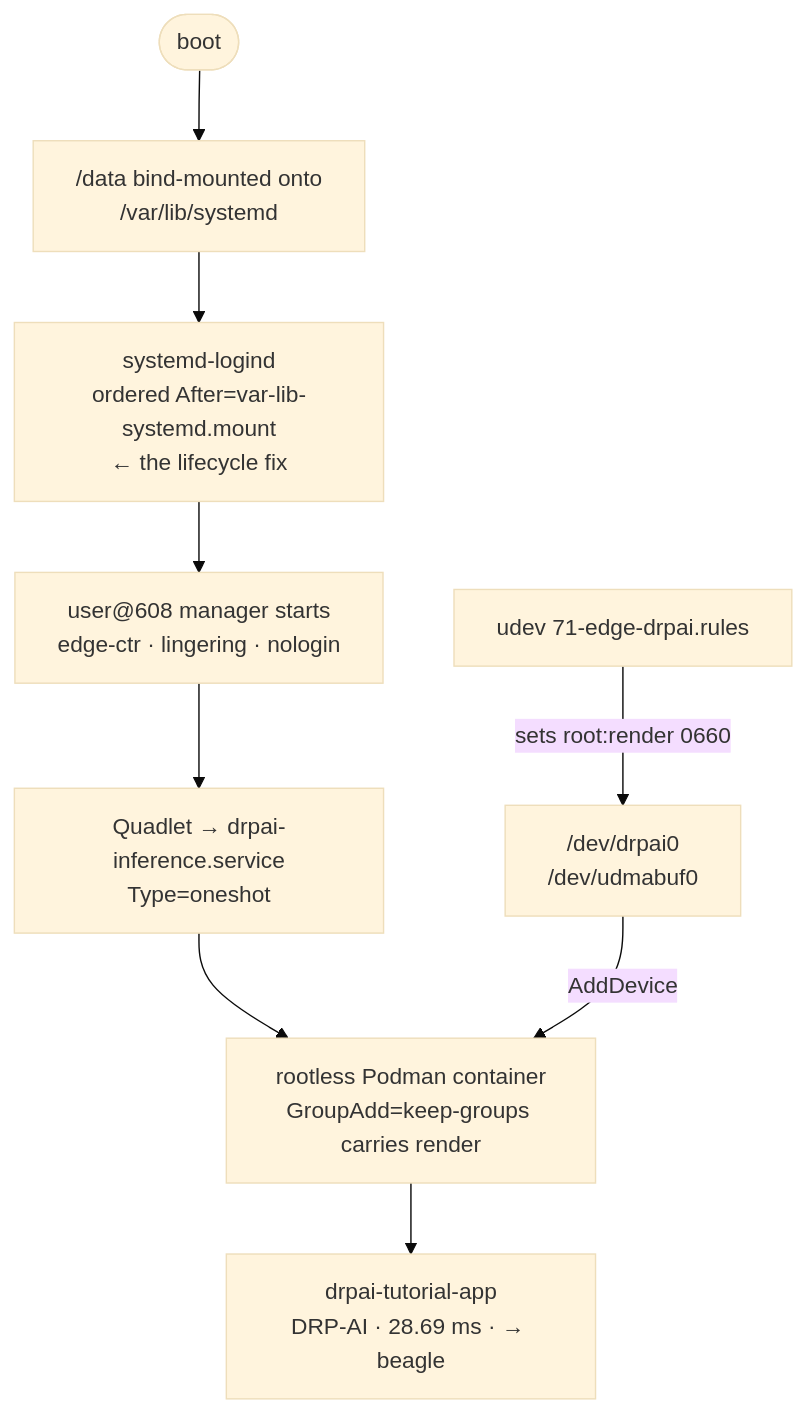
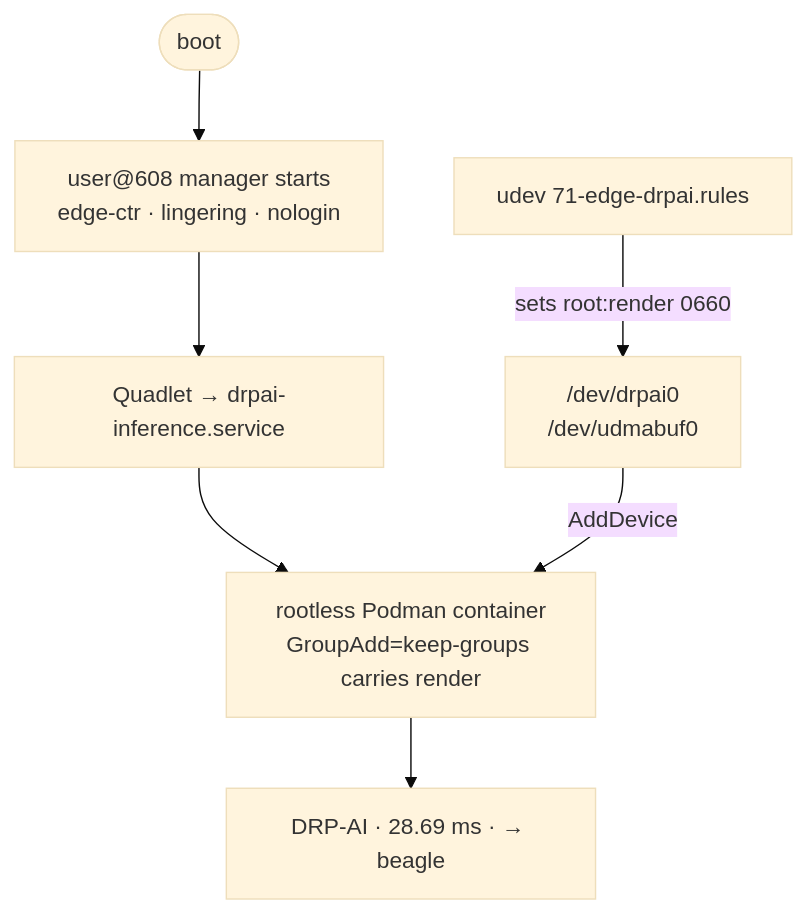
The diagram in docs/drp-ai/README.md (umair-as/edge-ai-yocto), drawn with Mermaid (base theme) before and after one commit. The commit also changed other lines of this file and 11 other files, not shown here.

First line of the commit message:
feat(drpai): model-agnostic benchmark runner + DRP-AI docs

````diff
--- a/docs/drp-ai/README.md
+++ b/docs/drp-ai/README.md
@@ -407,11 +74,9 @@
 ```mermaid
 flowchart TB
-    boot(["boot"]) --> mnt["/data bind-mounted onto<br/>/var/lib/systemd"]
-    mnt --> lg["systemd-logind<br/>ordered After=var-lib-systemd.mount<br/>← the lifecycle fix"]
-    lg --> mgr["user@608 manager starts<br/>edge-ctr · lingering · nologin"]
-    mgr --> qd["Quadlet → drpai-inference.service<br/>Type=oneshot"]
+    boot(["boot"]) --> mgr["user@608 manager starts<br/>edge-ctr · lingering · nologin"]
+    mgr --> qd["Quadlet → drpai-inference.service"]
     qd --> ctr["rootless Podman container<br/>GroupAdd=keep-groups carries render"]
     udev["udev 71-edge-drpai.rules"] -->|"sets root:render 0660"| dev["/dev/drpai0<br/>/dev/udmabuf0"]
     dev -->|AddDevice| ctr
-    ctr --> inf["drpai-tutorial-app<br/>DRP-AI · 28.69 ms · → beagle"]
+    ctr --> inf["DRP-AI · 28.69 ms · → beagle"]
 ```
````
